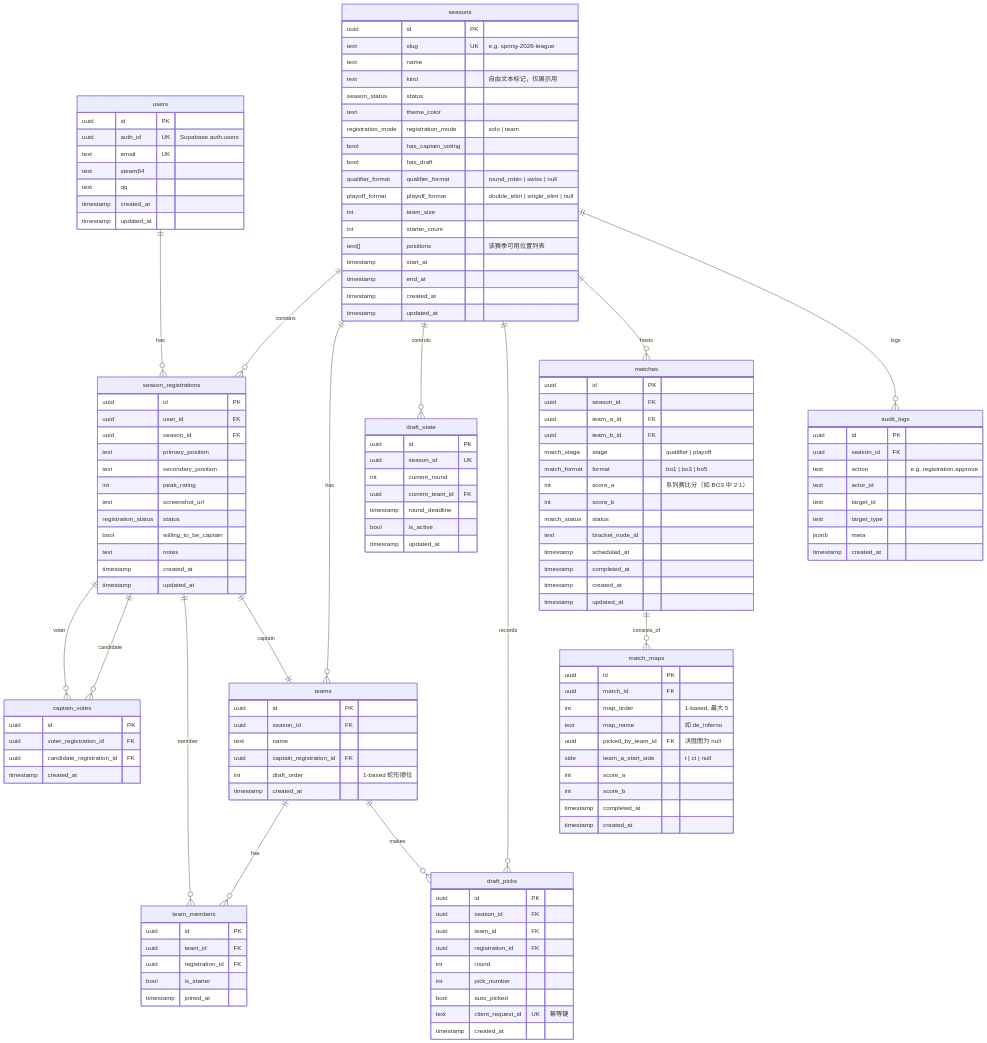
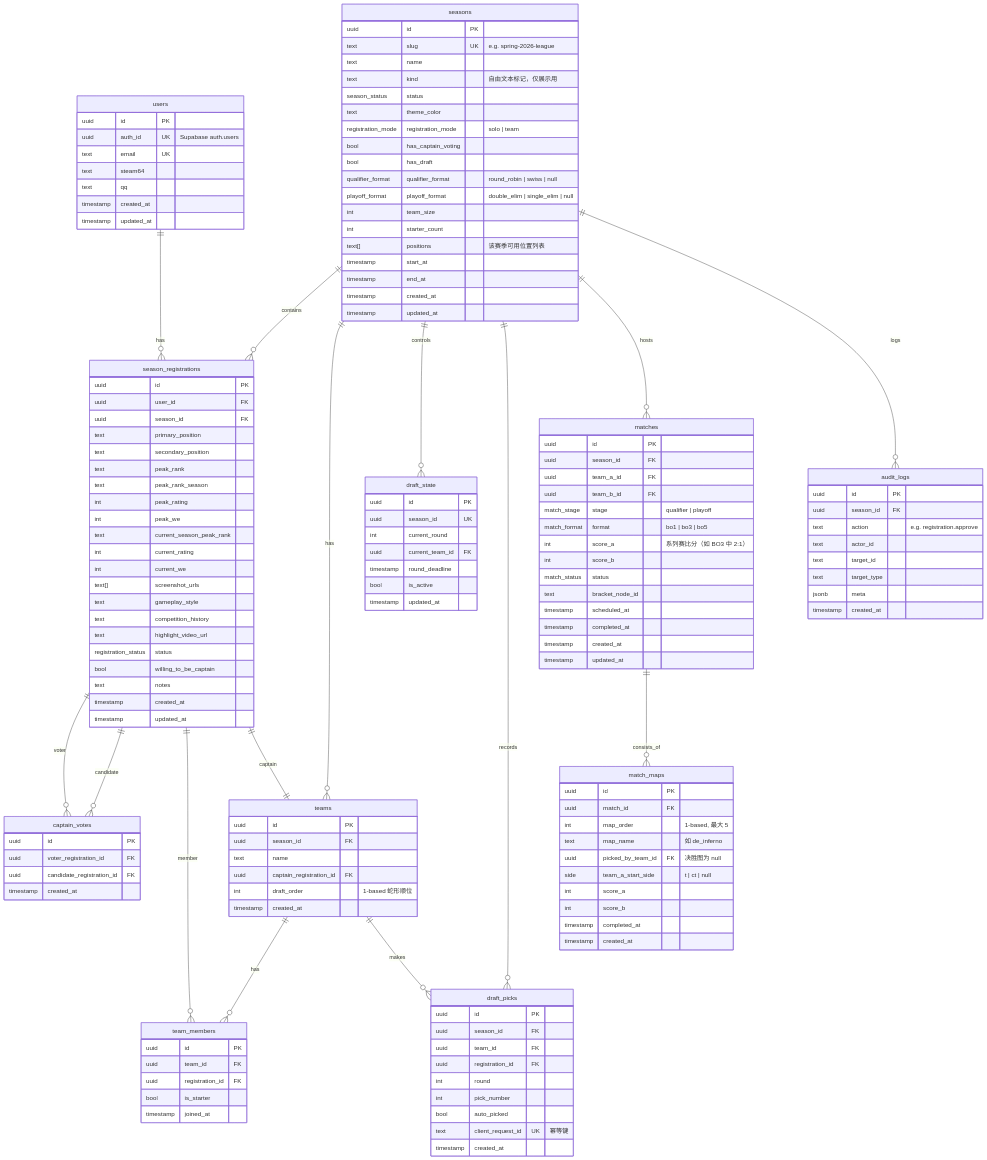
Before and after one commit to Starfie1d1272/nju-cs2-platform: the diagram in docs/data-model.md, drawn with Mermaid. The commit also changed other lines of this file and 5 other files, not shown here.

First line of the commit message:
docs: sync registration flow, data model, positions across all docs

```diff
--- a/docs/data-model.md
+++ b/docs/data-model.md
@@ -41,8 +41,17 @@
     uuid season_id FK
     text primary_position
     text secondary_position
+    text peak_rank
+    text peak_rank_season
     int peak_rating
-    text screenshot_url
+    int peak_we
+    text current_season_peak_rank
+    int current_rating
+    int current_we
+    text[] screenshot_urls
+    text gameplay_style
+    text competition_history
+    text highlight_video_url
     registration_status status
     bool willing_to_be_captain
     text notes
```
